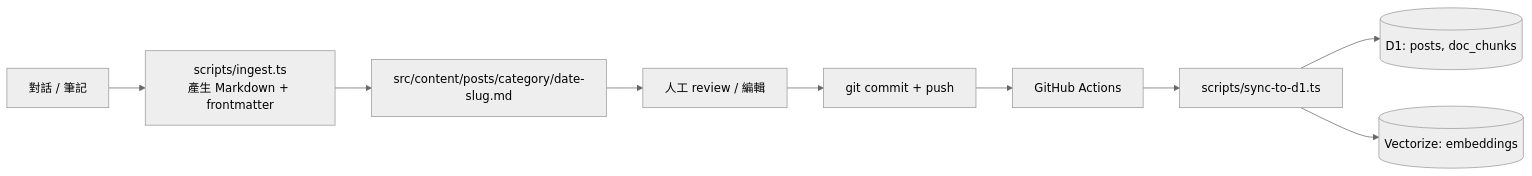
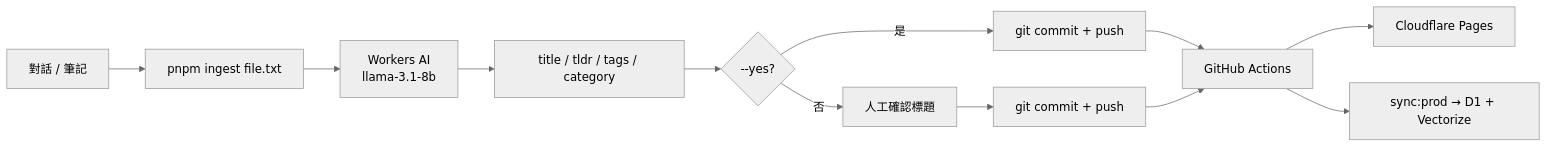
One commit to a920604a/engineernews changed the first of 3 diagrams in docs/ingest.md. Above: the diagram before and after it, drawn with Mermaid (neutral theme). The commit also changed other lines of this file and 7 other files, not shown here.

````diff
--- a/docs/ingest.md
+++ b/docs/ingest.md
@@ -5,11 +50,14 @@
 ```mermaid
 flowchart LR
-  Conv[對話 / 筆記] --> Ingest[scripts/ingest.ts<br/>產生 Markdown + frontmatter]
-  Ingest --> MD[src/content/posts/category/date-slug.md]
-  MD --> Review[人工 review / 編輯]
-  Review --> Commit[git commit + push]
-  Commit --> CI[GitHub Actions]
-  CI --> Sync[scripts/sync-to-d1.ts]
-  Sync --> D1[(D1: posts, doc_chunks)]
-  Sync --> Vec[(Vectorize: embeddings)]
+  Conv[對話 / 筆記] --> Ingest[pnpm ingest file.txt]
+  Ingest --> AI[Workers AI\nllama-3.1-8b]
+  AI --> Meta[title / tldr / tags / category]
+  Meta --> Mode{--yes?}
+  Mode -- 是 --> AutoCommit[git commit + push]
+  Mode -- 否 --> Review[人工確認標題]
+  Review --> ManualCommit[git commit + push]
+  AutoCommit --> CI[GitHub Actions]
+  ManualCommit --> CI
+  CI --> Deploy[Cloudflare Pages]
+  CI --> Sync[sync:prod → D1 + Vectorize]
 ```
````
